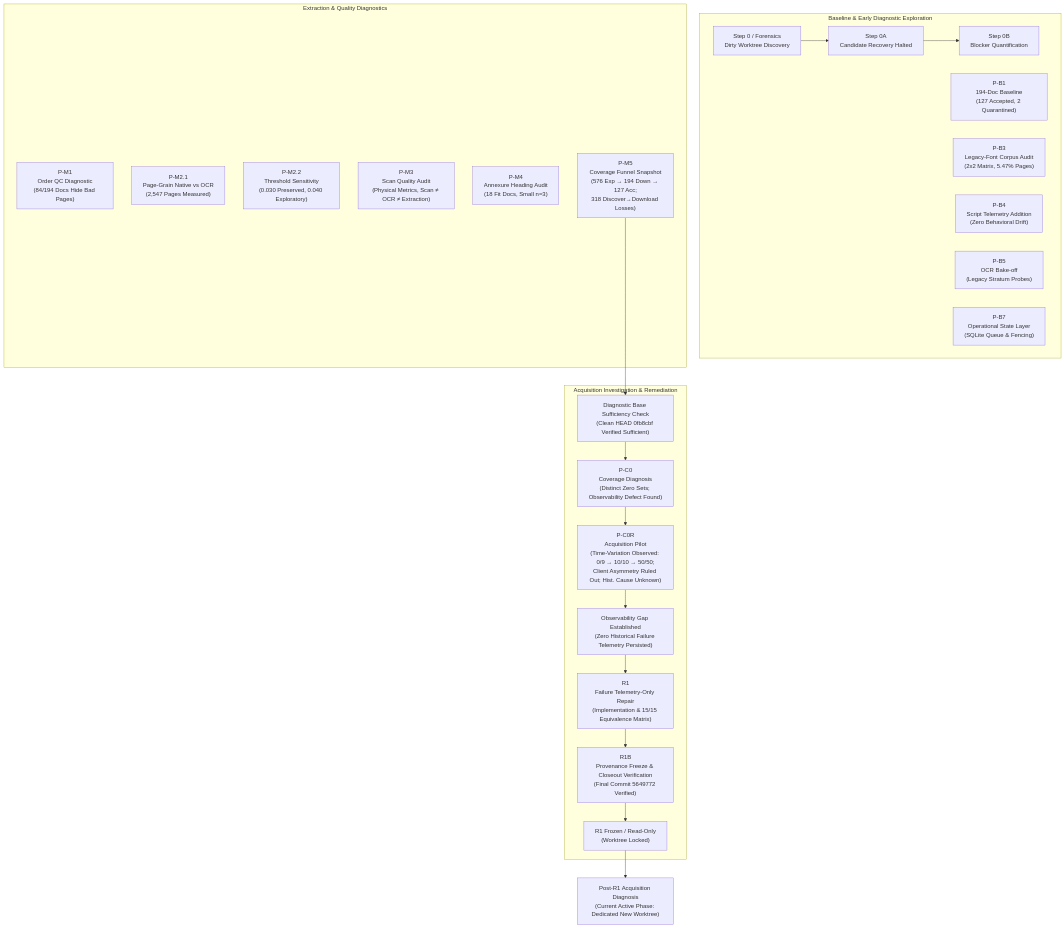
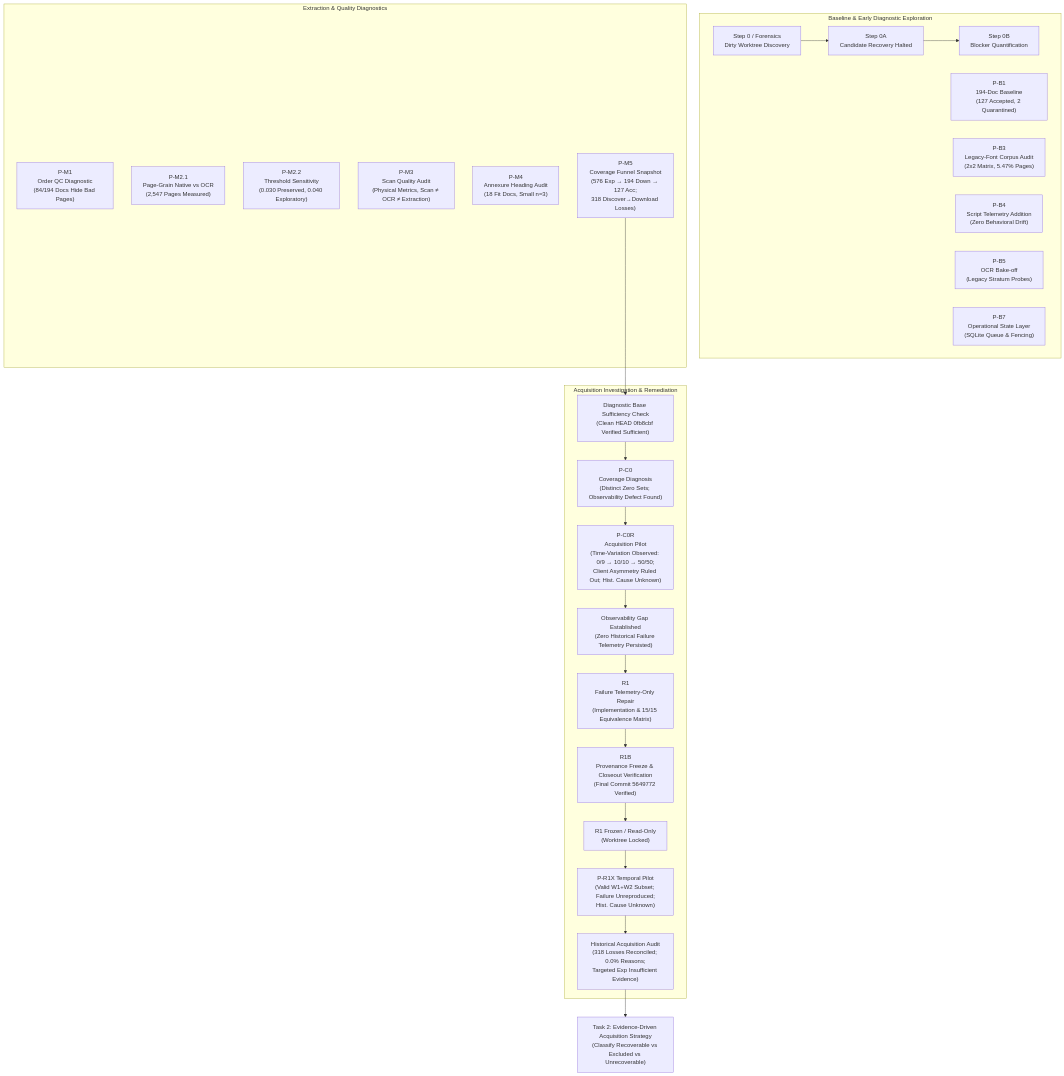
One commit to hariom-s27/thesss1 changed the diagram in ARPipe_Memory/00_MASTER_LOG.md. Above: the diagram before and after it, drawn with Mermaid. The commit also changed other lines of this file and 7 other files, not shown here.

Commit message:
Memory: close out historical acquisition-cause evidence audit

````diff
--- a/ARPipe_Memory/00_MASTER_LOG.md
+++ b/ARPipe_Memory/00_MASTER_LOG.md
@@ -9,33 +9,35 @@
 ```mermaid
 flowchart TD
     subgraph Baseline & Early Diagnostic Exploration
         S0["Step 0 / Forensics\nDirty Worktree Discovery"] --> S0A["Step 0A\nCandidate Recovery Halted"]
         S0A --> S0B["Step 0B\nBlocker Quantification"]
         PB1["P-B1\n194-Doc Baseline\n(127 Accepted, 2 Quarantined)"]
         PB3["P-B3\nLegacy-Font Corpus Audit\n(2x2 Matrix, 5.47% Pages)"]
         PB4["P-B4\nScript Telemetry Addition\n(Zero Behavioral Drift)"]
         PB5["P-B5\nOCR Bake-off\n(Legacy Stratum Probes)"]
         PB7["P-B7\nOperational State Layer\n(SQLite Queue & Fencing)"]
     end
 
     subgraph Extraction & Quality Diagnostics
         PM1["P-M1\nOrder QC Diagnostic\n(84/194 Docs Hide Bad Pages)"]
         PM21["P-M2.1\nPage-Grain Native vs OCR\n(2,547 Pages Measured)"]
         PM22["P-M2.2\nThreshold Sensitivity\n(0.030 Preserved, 0.040 Exploratory)"]
         PM3["P-M3\nScan Quality Audit\n(Physical Metrics, Scan ≠ OCR ≠ Extraction)"]
         PM4["P-M4\nAnnexure Heading Audit\n(18 Fit Docs, Small n=3)"]
         PM5["P-M5\nCoverage Funnel Snapshot\n(576 Exp → 194 Down → 127 Acc;\n318 Discover→Download Losses)"]
     end
 
     subgraph Acquisition Investigation & Remediation
         PM5 --> DBCHECK["Diagnostic Base Sufficiency Check\n(Clean HEAD 0fb8cbf Verified Sufficient)"]
         DBCHECK --> PC0["P-C0\nCoverage Diagnosis\n(Distinct Zero Sets; Observability Defect Found)"]
         PC0 --> PC0R["P-C0R\nAcquisition Pilot\n(Time-Variation Observed: 0/9 → 10/10 → 50/50;\nClient Asymmetry Ruled Out; Hist. Cause Unknown)"]
         PC0R --> OBSGAP["Observability Gap Established\n(Zero Historical Failure Telemetry Persisted)"]
         OBSGAP --> R1["R1\nFailure Telemetry-Only Repair\n(Implementation & 15/15 Equivalence Matrix)"]
         R1 --> R1B["R1B\nProvenance Freeze & Closeout Verification\n(Final Commit 5649772 Verified)"]
         R1B --> R1FROZEN["R1 Frozen / Read-Only\n(Worktree Locked)"]
+        R1FROZEN --> PR1X["P-R1X Temporal Pilot\n(Valid W1+W2 Subset; Failure Unreproduced;\nHist. Cause Unknown)"]
+        PR1X --> HISTAUDIT["Historical Acquisition Audit\n(318 Losses Reconciled; 0.0% Reasons;\nTargeted Exp Insufficient Evidence)"]
     end
 
-    R1FROZEN --> NEXT["Post-R1 Acquisition Diagnosis\n(Current Active Phase: Dedicated New Worktree)"]
+    HISTAUDIT --> NEXT["Task 2: Evidence-Driven Acquisition Strategy\n(Classify Recoverable vs Excluded vs Unrecoverable)"]
 ```
````
